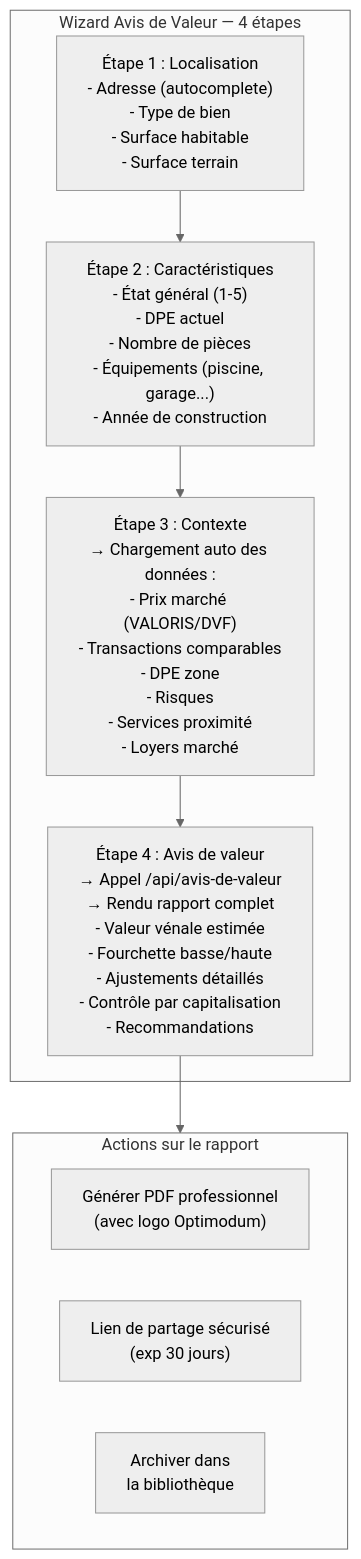
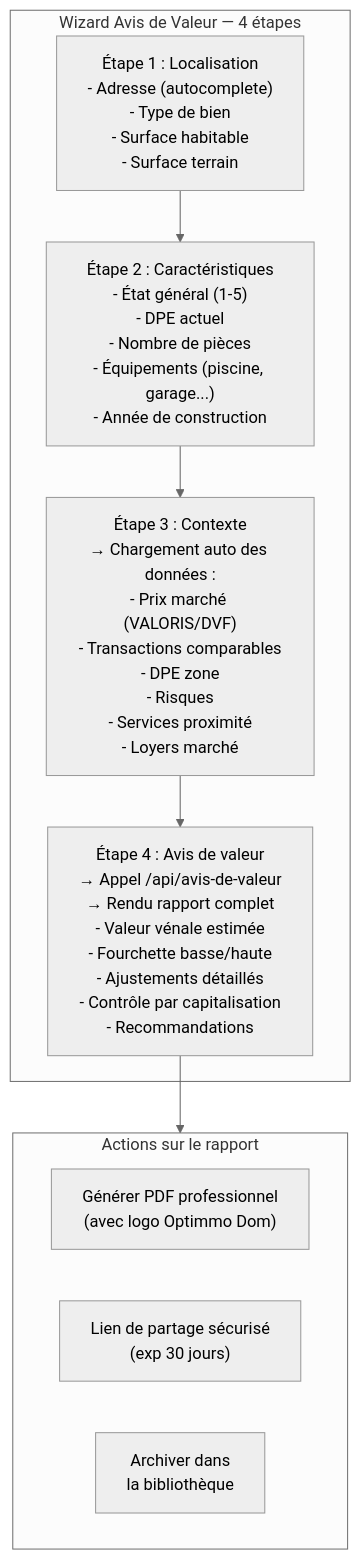
Before and after one commit to senegal972/fidi-etude-marche: the fifth of 6 diagrams in optimodum-website/specs/05_integration_outils.md, drawn with Mermaid (neutral theme). The commit also changed other lines of this file and 7 other files, not shown here.

First line of the commit message:
fix(optimmo-dom): correction nom société Optimmo Dom + CSS partagé Phase 2

````diff
--- a/optimodum-website/specs/05_integration_outils.md
+++ b/optimodum-website/specs/05_integration_outils.md
@@ -222,22 +222,22 @@
 ```mermaid
 flowchart TD
     subgraph AV_WIZARD["Wizard Avis de Valeur — 4 étapes"]
         STEP1["Étape 1 : Localisation\n- Adresse (autocomplete)\n- Type de bien\n- Surface habitable\n- Surface terrain"]
 
         STEP2["Étape 2 : Caractéristiques\n- État général (1-5)\n- DPE actuel\n- Nombre de pièces\n- Équipements (piscine, garage...)\n- Année de construction"]
 
         STEP3["Étape 3 : Contexte\n→ Chargement auto des données :\n- Prix marché (VALORIS/DVF)\n- Transactions comparables\n- DPE zone\n- Risques\n- Services proximité\n- Loyers marché"]
 
         STEP4["Étape 4 : Avis de valeur\n→ Appel /api/avis-de-valeur\n→ Rendu rapport complet\n- Valeur vénale estimée\n- Fourchette basse/haute\n- Ajustements détaillés\n- Contrôle par capitalisation\n- Recommandations"]
     end
 
     STEP1 --> STEP2 --> STEP3 --> STEP4
 
     subgraph REPORT_ACTIONS["Actions sur le rapport"]
-        PDF["Générer PDF professionnel\n(avec logo Optimodum)"]
+        PDF["Générer PDF professionnel\n(avec logo Optimmo Dom)"]
         SHARE["Lien de partage sécurisé\n(exp 30 jours)"]
         ARCHIVE["Archiver dans\nla bibliothèque"]
     end
 
     STEP4 --> REPORT_ACTIONS
 ```
````
